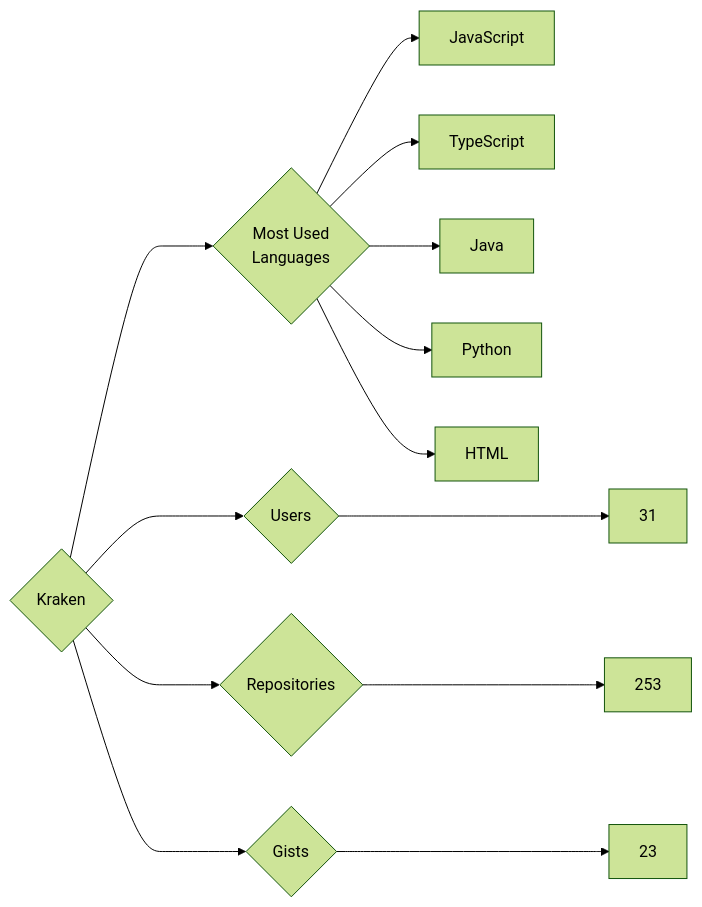
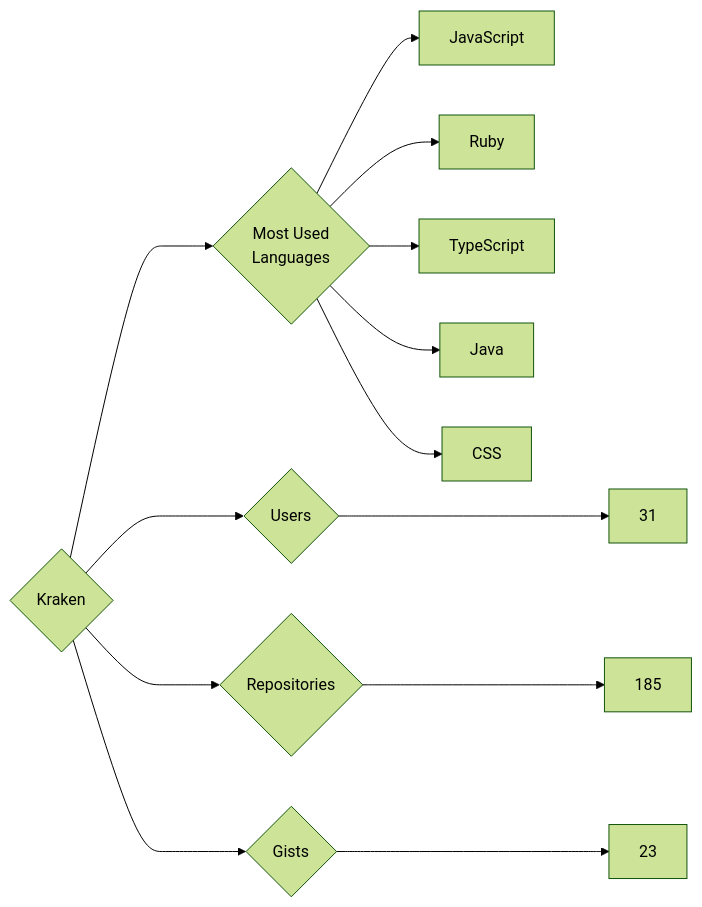
One commit to trickest/insiders changed the diagram in targets/Kraken/README.md. Above: the diagram before and after it, drawn with Mermaid (forest theme). The commit also changed 951 other files, not shown here.

````diff
--- a/targets/Kraken/README.md
+++ b/targets/Kraken/README.md
@@ -3,13 +3,13 @@
 ```mermaid
 graph LR
 COMPANY_NAME{Kraken}
 COMPANY_NAME ---> U{Users} ---> UN[31]
-COMPANY_NAME ---> R{Repositories} ---> RN[253]
+COMPANY_NAME ---> R{Repositories} ---> RN[185]
 COMPANY_NAME ---> G{Gists} ---> GN[23]
 COMPANY_NAME ---> ML{Most Used<br>Languages}
 ML --> JavaScript[JavaScript]
+ML --> Ruby[Ruby]
 ML --> TypeScript[TypeScript]
 ML --> Java[Java]
-ML --> Python[Python]
-ML --> HTML[HTML]
+ML --> CSS[CSS]
 ```
````
